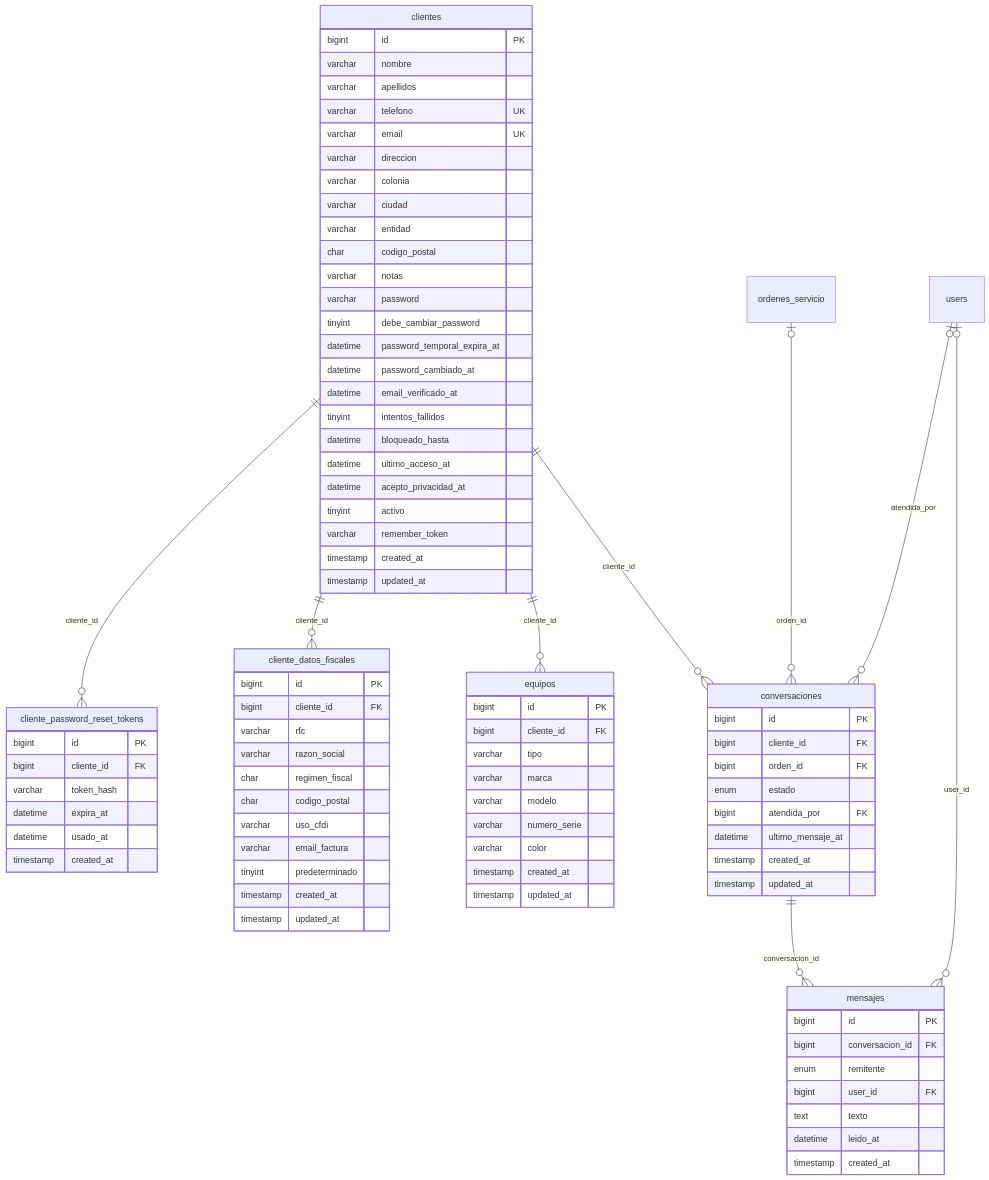
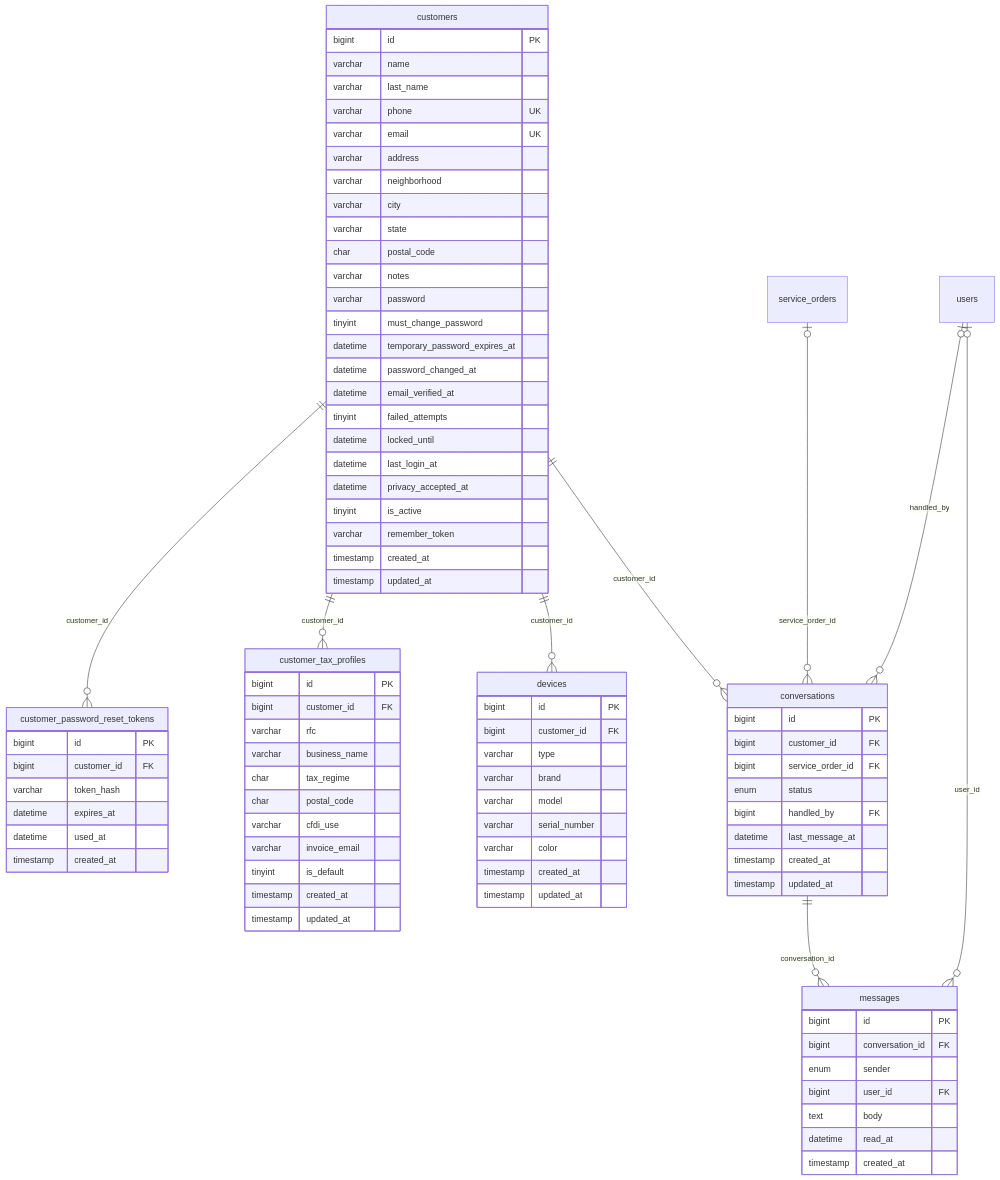
The third of 8 diagrams in backend/README.md (dianaaochoa/SHURI-Sistema-Gestion), drawn with Mermaid before and after one commit. The commit also changed other lines of this file and 1 other file, not shown here.

First line of the commit message:
docs(bd): pasar a ingles los nombres de tablas y columnas del modelo de datos

````diff
--- a/backend/README.md
+++ b/backend/README.md
@@ -154,88 +154,88 @@
 ```mermaid
 erDiagram
-    clientes {
+    customers {
         bigint id PK
-        varchar nombre
-        varchar apellidos
-        varchar telefono UK
+        varchar name
+        varchar last_name
+        varchar phone UK
         varchar email UK
-        varchar direccion
-        varchar colonia
-        varchar ciudad
-        varchar entidad
-        char codigo_postal
-        varchar notas
+        varchar address
+        varchar neighborhood
+        varchar city
+        varchar state
+        char postal_code
+        varchar notes
         varchar password
-        tinyint debe_cambiar_password
-        datetime password_temporal_expira_at
-        datetime password_cambiado_at
-        datetime email_verificado_at
-        tinyint intentos_fallidos
-        datetime bloqueado_hasta
-        datetime ultimo_acceso_at
-        datetime acepto_privacidad_at
-        tinyint activo
+        tinyint must_change_password
+        datetime temporary_password_expires_at
+        datetime password_changed_at
+        datetime email_verified_at
+        tinyint failed_attempts
+        datetime locked_until
+        datetime last_login_at
+        datetime privacy_accepted_at
+        tinyint is_active
         varchar remember_token
         timestamp created_at
         timestamp updated_at
     }
-    cliente_password_reset_tokens {
+    customer_password_reset_tokens {
         bigint id PK
-        bigint cliente_id FK
+        bigint customer_id FK
         varchar token_hash
-        datetime expira_at
-        datetime usado_at
+        datetime expires_at
+        datetime used_at
         timestamp created_at
     }
-    cliente_datos_fiscales {
+    customer_tax_profiles {
         bigint id PK
-        bigint cliente_id FK
+        bigint customer_id FK
         varchar rfc
-        varchar razon_social
-        char regimen_fiscal
-        char codigo_postal
-        varchar uso_cfdi
-        varchar email_factura
-        tinyint predeterminado
+        varchar business_name
+        char tax_regime
+        char postal_code
+        varchar cfdi_use
+        varchar invoice_email
+        tinyint is_default
         timestamp created_at
         timestamp updated_at
     }
-    equipos {
+    devices {
         bigint id PK
-        bigint cliente_id FK
-        varchar tipo
-        varchar marca
-        varchar modelo
-        varchar numero_serie
+        bigint customer_id FK
+        varchar type
+        varchar brand
+        varchar model
+        varchar serial_number
         varchar color
         timestamp created_at
         timestamp updated_at
     }
-    conversaciones {
+    conversations {
         bigint id PK
-        bigint cliente_id FK
-        bigint orden_id FK
-        enum estado
-        bigint atendida_por FK
-        datetime ultimo_mensaje_at
+        bigint customer_id FK
+        bigint service_order_id FK
+        enum status
+        bigint handled_by FK
+        datetime last_message_at
         timestamp created_at
         timestamp updated_at
     }
-    mensajes {
+    messages {
         bigint id PK
-        bigint conversacion_id FK
-        enum remitente
+        bigint conversation_id FK
+        enum sender
         bigint user_id FK
-        text texto
-        datetime leido_at
+        text body
+        datetime read_at
         timestamp created_at
     }
-    clientes ||--o{ cliente_password_reset_tokens : "cliente_id"
-    clientes ||--o{ cliente_datos_fiscales : "cliente_id"
-    clientes ||--o{ equipos : "cliente_id"
-    clientes ||--o{ conversaciones : "cliente_id"
-    ordenes_servicio |o--o{ conversaciones : "orden_id"
-    users |o--o{ conversaciones : "atendida_por"
-    conversaciones ||--o{ mensajes : "conversacion_id"
-    users |o--o{ mensajes : "user_id"
+    customers ||--o{ customer_password_reset_tokens : "customer_id"
+    customers ||--o{ customer_tax_profiles : "customer_id"
+    customers ||--o{ devices : "customer_id"
+    customers ||--o{ conversations : "customer_id"
+    service_orders |o--o{ conversations : "service_order_id"
+    users |o--o{ conversations : "handled_by"
+    conversations ||--o{ messages : "conversation_id"
+    users |o--o{ messages : "user_id"
 ```
````
